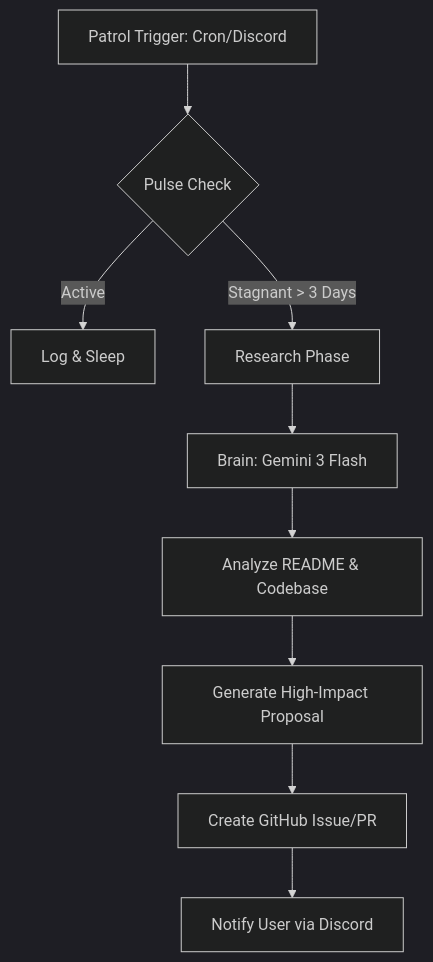
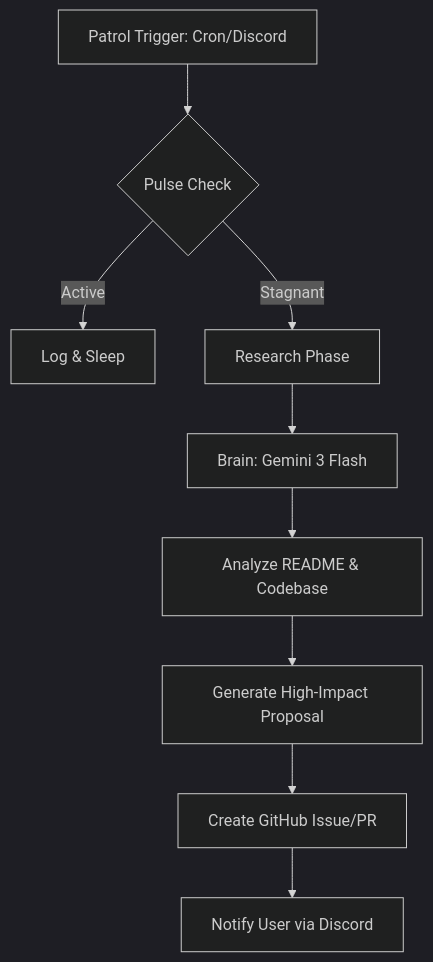
Before and after one commit to nashy3k/momentum-shadow-dev: the first of 2 diagrams in README.md, drawn with Mermaid (dark theme). The commit also changed other lines of this file, not shown here.

Commit message:
fix: simplify mermaid diagrams for github compatibility

````diff
--- a/README.md
+++ b/README.md
@@ -11,11 +11,11 @@
 ```mermaid
-graph TD
-    A[Patrol Trigger: Cron/Discord] --> B{Pulse Check}
-    B -- "Active" --> C[Log & Sleep]
-    B -- "Stagnant > 3 Days" --> D[Research Phase]
-    D --> E[Brain: Gemini 3 Flash]
-    E --> F[Analyze README & Codebase]
-    F --> G[Generate High-Impact Proposal]
-    G --> H[Create GitHub Issue/PR]
-    H --> I[Notify User via Discord]
+flowchart TD
+    Start[Patrol Trigger: Cron/Discord] --> Check{Pulse Check}
+    Check -- Active --> Sleep[Log & Sleep]
+    Check -- Stagnant --> Research[Research Phase]
+    Research --> Brain[Brain: Gemini 3 Flash]
+    Brain --> Analyze[Analyze README & Codebase]
+    Analyze --> Propose[Generate High-Impact Proposal]
+    Propose --> Issue[Create GitHub Issue/PR]
+    Issue --> Notify[Notify User via Discord]
 ```
````
